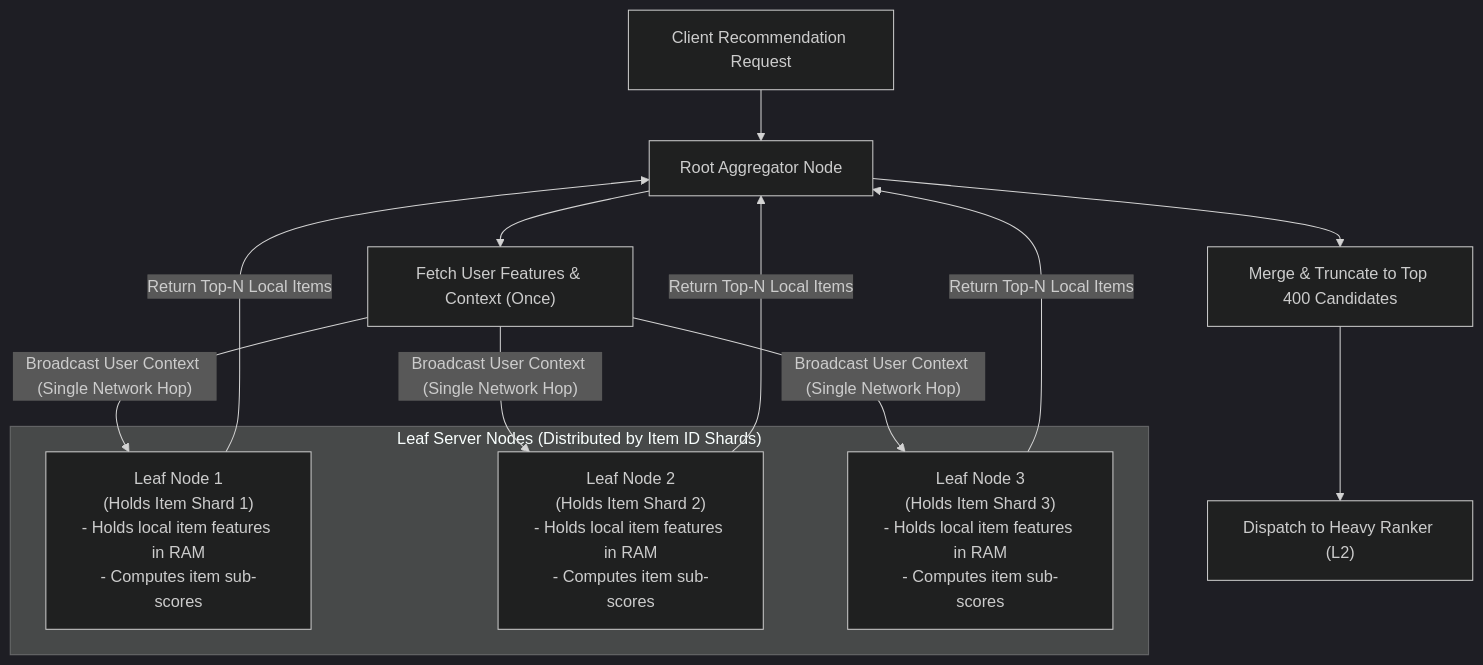
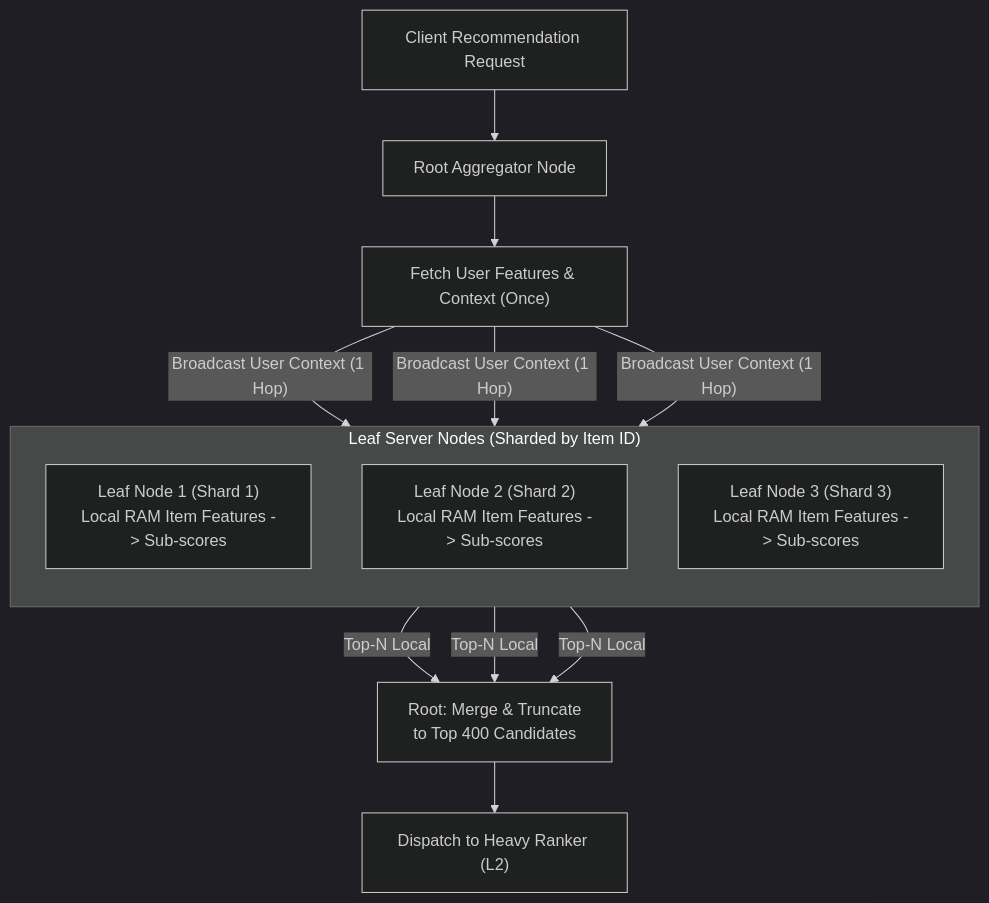
One commit to jyotipmahes/ML-Interview-Prep changed the second of 15 diagrams in System_Design/01_Recommendation_Systems/Part_2_Ranking_PreRanking_and_Feature_Engineering.md. Above: the diagram before and after it, drawn with Mermaid (dark theme). The commit also changed other lines of this file, not shown here.

````diff
--- a/System_Design/01_Recommendation_Systems/Part_2_Ranking_PreRanking_and_Feature_Engineering.md
+++ b/System_Design/01_Recommendation_Systems/Part_2_Ranking_PreRanking_and_Feature_Engineering.md
@@ -124,22 +134,22 @@
 ```mermaid
 flowchart TD
     Client["Client Recommendation Request"] --> Root["Root Aggregator Node"]
     Root --> Fetch["Fetch User Features & Context (Once)"]
-    
-    subgraph LeafLayer ["Leaf Server Nodes (Distributed by Item ID Shards)"]
-        Leaf1["Leaf Node 1<br/>(Holds Item Shard 1)<br/>- Holds local item features in RAM<br/>- Computes item sub-scores"]
-        Leaf2["Leaf Node 2<br/>(Holds Item Shard 2)<br/>- Holds local item features in RAM<br/>- Computes item sub-scores"]
-        Leaf3["Leaf Node 3<br/>(Holds Item Shard 3)<br/>- Holds local item features in RAM<br/>- Computes item sub-scores"]
+
+    subgraph LeafLayer ["Leaf Server Nodes (Sharded by Item ID)"]
+        direction TB
+        Leaf1["Leaf Node 1 (Shard 1)<br/>Local RAM Item Features -> Sub-scores"]
+        Leaf2["Leaf Node 2 (Shard 2)<br/>Local RAM Item Features -> Sub-scores"]
+        Leaf3["Leaf Node 3 (Shard 3)<br/>Local RAM Item Features -> Sub-scores"]
     end
-    
-    Fetch -->|"Broadcast User Context (Single Network Hop)"| Leaf1
-    Fetch -->|"Broadcast User Context (Single Network Hop)"| Leaf2
-    Fetch -->|"Broadcast User Context (Single Network Hop)"| Leaf3
-    
-    Leaf1 -->|"Return Top-N Local Items"| Root
-    Leaf2 -->|"Return Top-N Local Items"| Root
-    Leaf3 -->|"Return Top-N Local Items"| Root
-    
-    Root --> Merge["Merge & Truncate to Top 400 Candidates"]
-    Merge --> L2["Dispatch to Heavy Ranker (L2)"]
+
+    Fetch -->|"Broadcast User Context (1 Hop)"| Leaf1
+    Fetch -->|"Broadcast User Context (1 Hop)"| Leaf2
+    Fetch -->|"Broadcast User Context (1 Hop)"| Leaf3
+
+    Leaf1 -->|"Top-N Local"| RootMerge["Root: Merge & Truncate<br/>to Top 400 Candidates"]
+    Leaf2 -->|"Top-N Local"| RootMerge
+    Leaf3 -->|"Top-N Local"| RootMerge
+
+    RootMerge --> L2["Dispatch to Heavy Ranker (L2)"]
 ```
````
